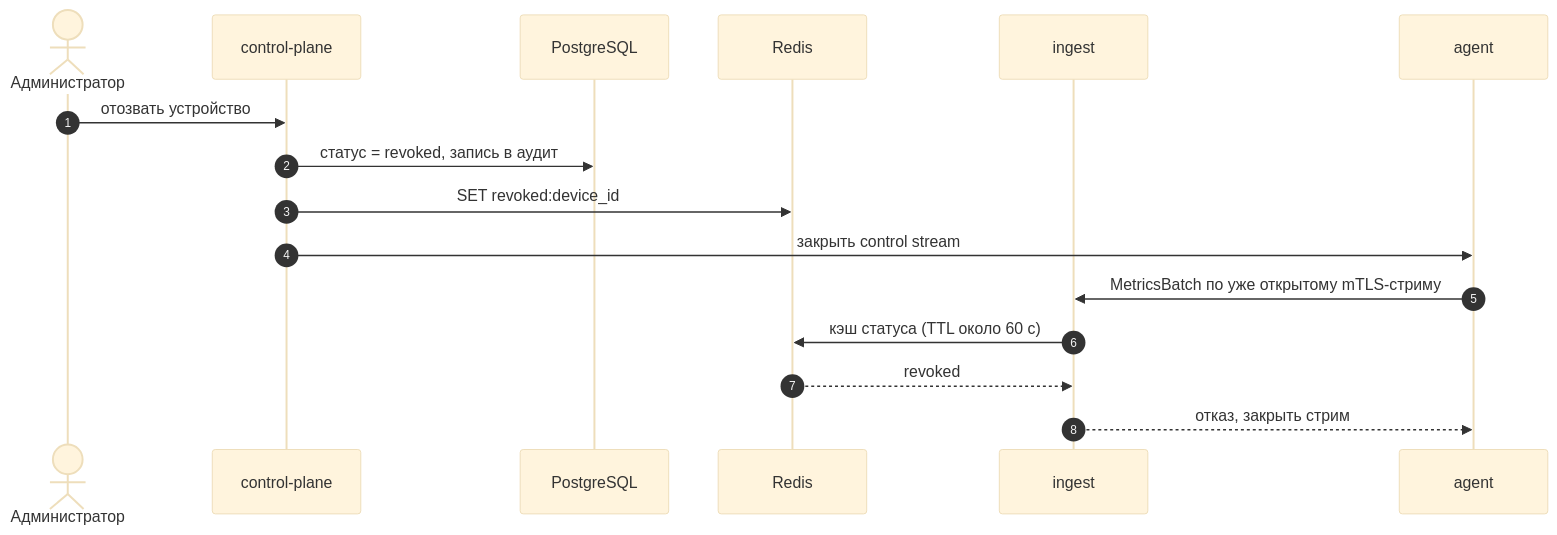
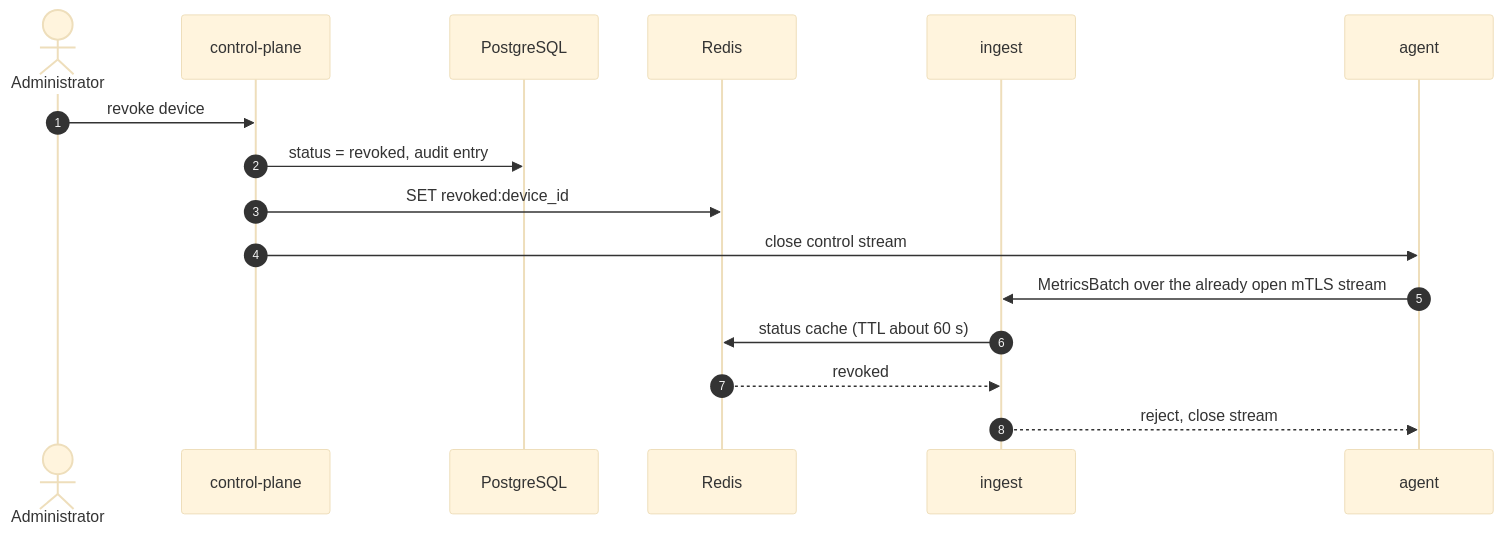
One commit to GrandAdmiralBee/fleetwatch changed the fifth of 5 diagrams in docs/src/architecture/02-agent-identity.md. Above: the diagram before and after it, drawn with Mermaid (base theme). The commit also changed other lines of this file and 2 other files, not shown here.

````diff
--- a/docs/src/architecture/02-agent-identity.md
+++ b/docs/src/architecture/02-agent-identity.md
@@ -199,19 +199,19 @@
 ```mermaid
 sequenceDiagram
     autonumber
-    actor Admin as Администратор
+    actor Admin as Administrator
     participant CP as control-plane
     participant DB as PostgreSQL
     participant R as Redis
     participant Ing as ingest
     participant Ag as agent
 
-    Admin->>CP: отозвать устройство
-    CP->>DB: статус = revoked, запись в аудит
+    Admin->>CP: revoke device
+    CP->>DB: status = revoked, audit entry
     CP->>R: SET revoked:device_id
-    CP->>Ag: закрыть control stream
-    Ag->>Ing: MetricsBatch по уже открытому mTLS-стриму
-    Ing->>R: кэш статуса (TTL около 60 с)
+    CP->>Ag: close control stream
+    Ag->>Ing: MetricsBatch over the already open mTLS stream
+    Ing->>R: status cache (TTL about 60 s)
     R-->>Ing: revoked
-    Ing-->>Ag: отказ, закрыть стрим
+    Ing-->>Ag: reject, close stream
 ```
````
